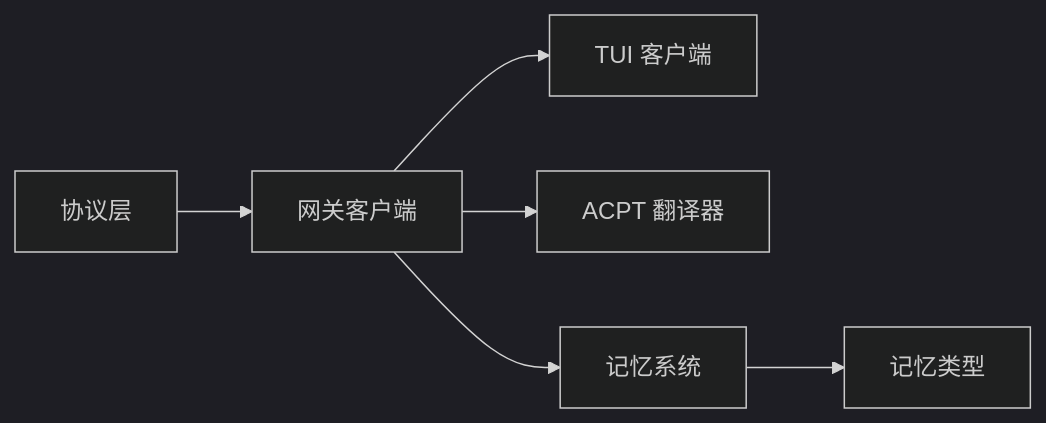
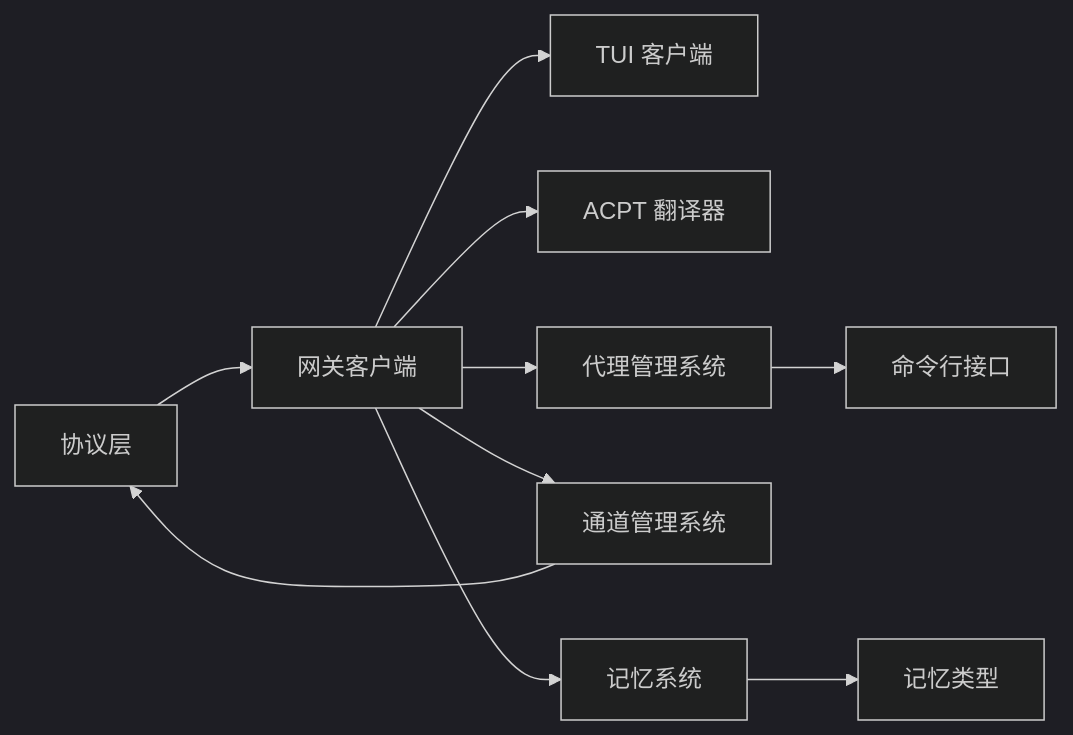
The tenth of 14 diagrams in .qoder/repowiki/zh/content/核心概念/核心概念.md (verse-ai-org/openclaw), drawn with Mermaid (dark theme) before and after one commit. The commit also changed other lines of this file and 41 other files, not shown here.

````diff
--- a/.qoder/repowiki/zh/content/核心概念/核心概念.md
+++ b/.qoder/repowiki/zh/content/核心概念/核心概念.md
@@ -307,8 +475,12 @@
 ```mermaid
 graph LR
 Proto["协议层"] --> Client["网关客户端"]
 Client --> TUI["TUI 客户端"]
 Client --> ACP["ACPT 翻译器"]
+Client --> Agents["代理管理系统"]
+Client --> Channels["通道管理系统"]
 Client --> Mem["记忆系统"]
+Agents --> Commands["命令行接口"]
+Channels --> Proto
 Mem --> Types["记忆类型"]
 ```
````
